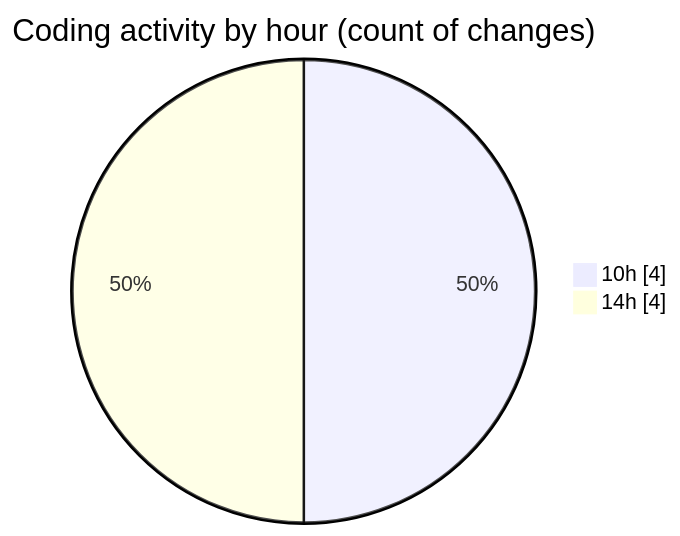
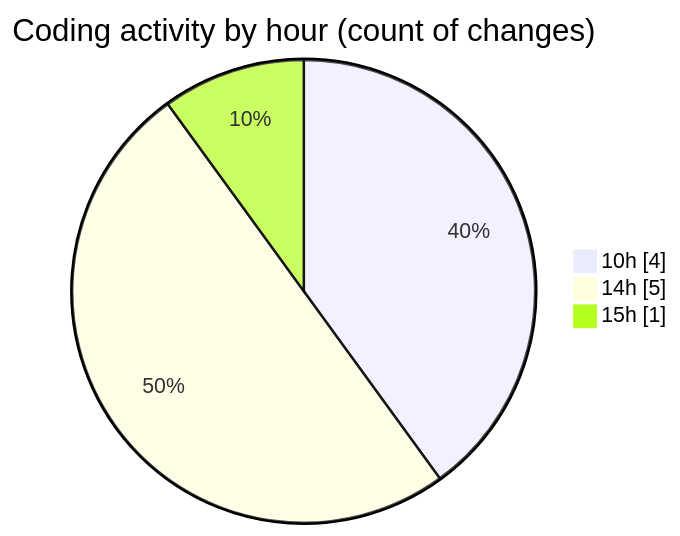
One commit to charlie-sans/code-tracking changed the second of 2 diagrams in 2025-02-09/koderunner/README.md. Above: the diagram before and after it, drawn with Mermaid. The commit also changed other lines of this file and 1 other file, not shown here.

````diff
--- a/2025-02-09/koderunner/README.md
+++ b/2025-02-09/koderunner/README.md
@@ -30,6 +31,7 @@
 ```mermaid
 pie showData
 title Coding activity by hour (count of changes)
 "10h" : 4
-"14h" : 4
+"14h" : 5
+"15h" : 1
 ```
````
